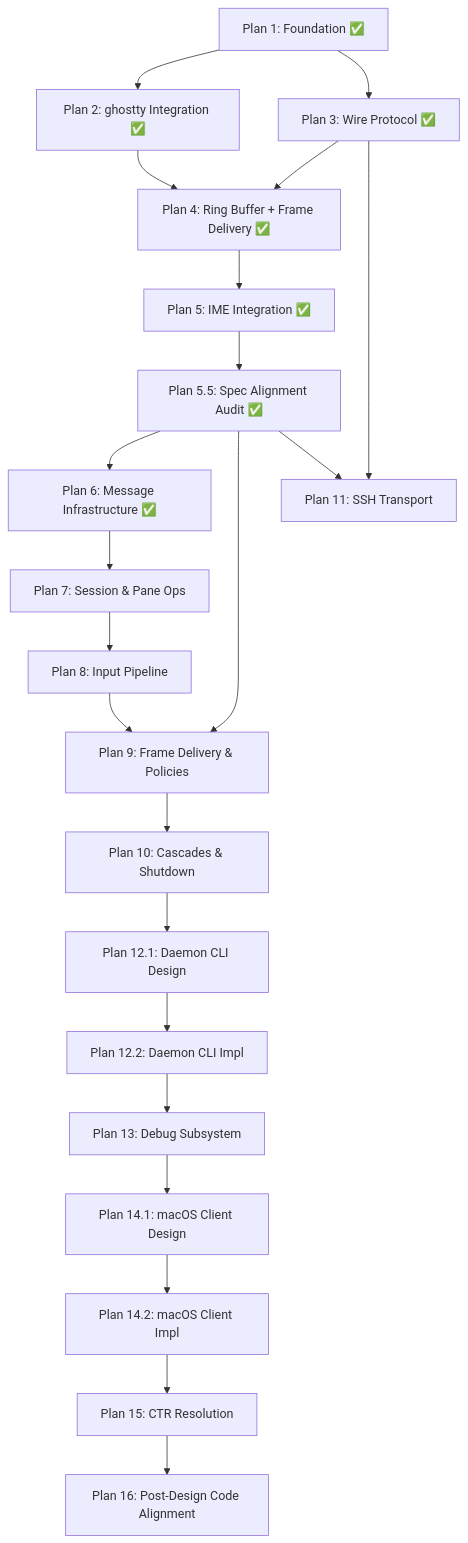
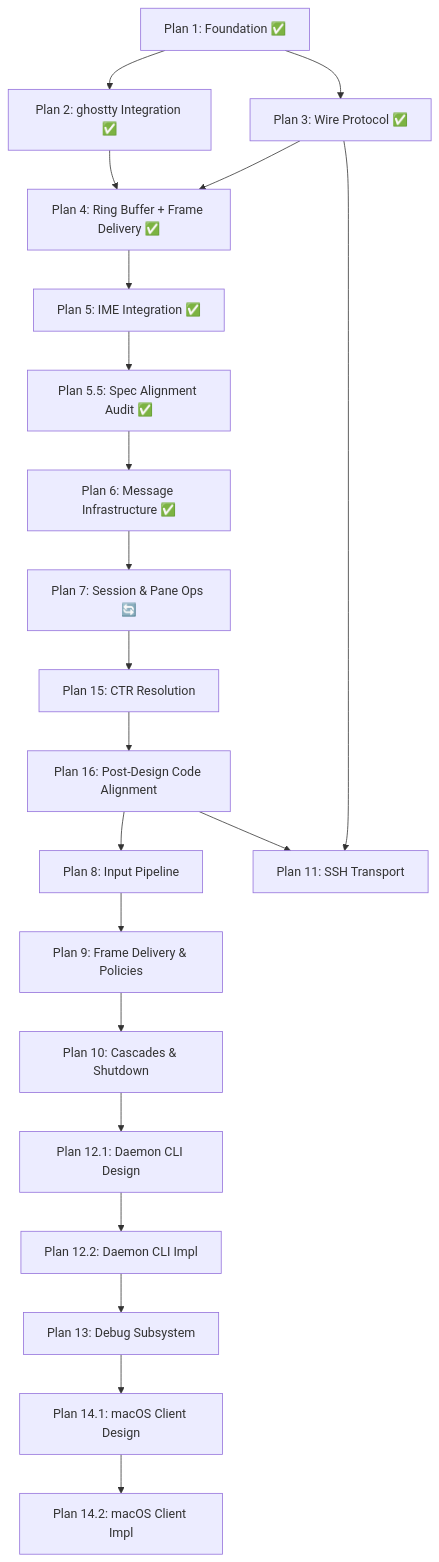
The diagram in docs/superpowers/plans/ROADMAP.md (powdream-org/it-shell3), drawn with Mermaid before and after one commit. The commit also changed other lines of this file, not shown here.

Commit message:
docs: update ROADMAP dependency graph and Plan 16 items
- Plan 7 → Plan 15 → Plan 16 → Plan 8, 11 (CTR resolution before next impl)
- Remove P5.5 → P9 edge
- Add ADR 00062/00063 items to Plan 16
- Plan 7 status: In Progress in summary and graph

````diff
--- a/docs/superpowers/plans/ROADMAP.md
+++ b/docs/superpowers/plans/ROADMAP.md
@@ -64,24 +64,23 @@
 ```mermaid
 graph TD
     P1["Plan 1: Foundation ✅"] --> P2["Plan 2: ghostty Integration ✅"]
     P1 --> P3["Plan 3: Wire Protocol ✅"]
     P2 --> P4["Plan 4: Ring Buffer + Frame Delivery ✅"]
     P3 --> P4
     P4 --> P5["Plan 5: IME Integration ✅"]
     P5 --> P5_5["Plan 5.5: Spec Alignment Audit ✅"]
     P5_5 --> P6["Plan 6: Message Infrastructure ✅"]
-    P6 --> P7["Plan 7: Session & Pane Ops"]
-    P7 --> P8["Plan 8: Input Pipeline"]
+    P6 --> P7["Plan 7: Session & Pane Ops 🔄"]
+    P7 --> P15["Plan 15: CTR Resolution"]
+    P15 --> P16["Plan 16: Post-Design Code Alignment"]
+    P16 --> P8["Plan 8: Input Pipeline"]
+    P16 --> P11["Plan 11: SSH Transport"]
+    P3 --> P11
     P8 --> P9["Plan 9: Frame Delivery & Policies"]
-    P5_5 --> P9
     P9 --> P10["Plan 10: Cascades & Shutdown"]
-    P5_5 --> P11["Plan 11: SSH Transport"]
-    P3 --> P11
     P10 --> P12_1["Plan 12.1: Daemon CLI Design"]
     P12_1 --> P12_2["Plan 12.2: Daemon CLI Impl"]
     P12_2 --> P13["Plan 13: Debug Subsystem"]
     P13 --> P14_1["Plan 14.1: macOS Client Design"]
     P14_1 --> P14_2["Plan 14.2: macOS Client Impl"]
-    P14_2 --> P15["Plan 15: CTR Resolution"]
-    P15 --> P16["Plan 16: Post-Design Code Alignment"]
 ```
````
